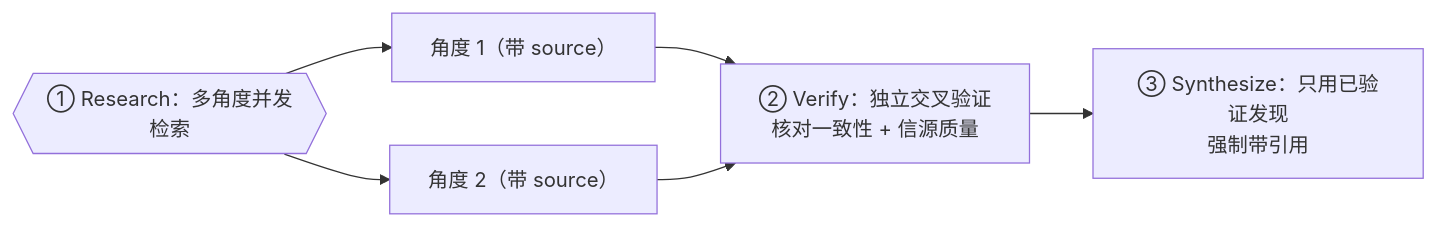
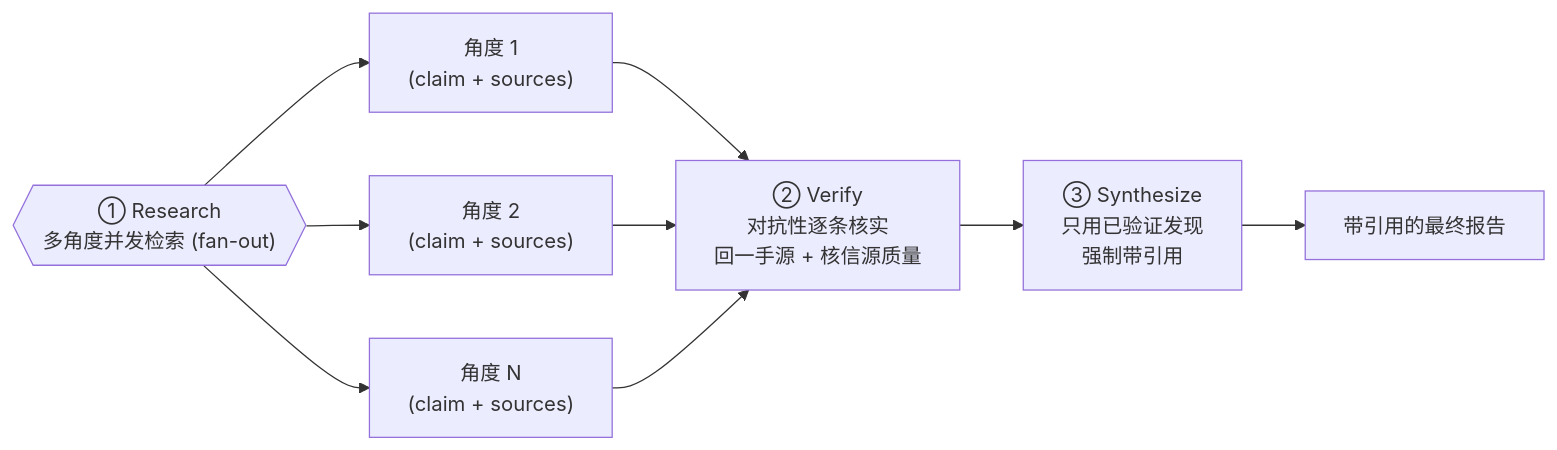
One commit to intel-van/workflow-cookbook changed the first of 3 diagrams in docs/zh/p3-13-deep-research.md. Above: the diagram before and after it, drawn with Mermaid. The commit also changed other lines of this file and 19 other files, not shown here.

````diff
--- a/docs/zh/p3-13-deep-research.md
+++ b/docs/zh/p3-13-deep-research.md
@@ -17,7 +19,9 @@
 ```mermaid
 flowchart LR
-  R{{"① Research：多角度并发检索"}} --> r1["角度 1（带 source）"]
-  R --> r2["角度 2（带 source）"]
-  r1 & r2 --> V["② Verify：独立交叉验证<br/>核对一致性 + 信源质量"]
-  V --> S["③ Synthesize：只用已验证发现<br/>强制带引用"]
+  R{{"① Research<br/>多角度并发检索 (fan-out)"}} --> r1["角度 1<br/>(claim + sources)"]
+  R --> r2["角度 2<br/>(claim + sources)"]
+  R --> rn["角度 N<br/>(claim + sources)"]
+  r1 & r2 & rn --> V["② Verify<br/>对抗性逐条核实<br/>回一手源 + 核信源质量"]
+  V --> S["③ Synthesize<br/>只用已验证发现<br/>强制带引用"]
+  S --> OUT["带引用的最终报告"]
 ```
````
